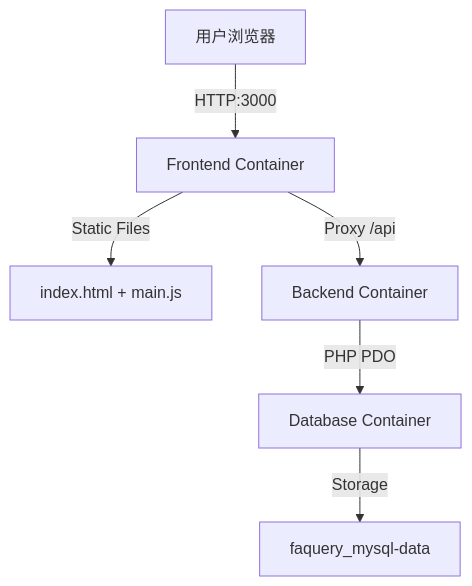
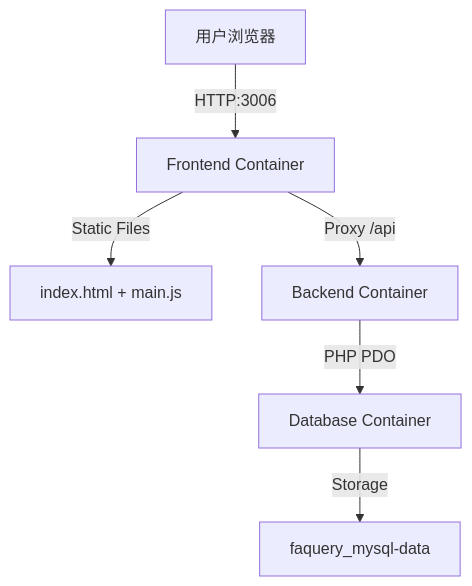
The diagram in docs/architecture.md (ljzljz520-eng/999-01Mod-4), drawn with Mermaid before and after one commit. The commit also changed 7 other files, not shown here.

````diff
--- a/docs/architecture.md
+++ b/docs/architecture.md
@@ -7,8 +7,8 @@
 ```mermaid
 graph TD
-    User[用户浏览器] -->|HTTP:3000| Nginx[Frontend Container]
+    User[用户浏览器] -->|HTTP:3006| Nginx[Frontend Container]
     Nginx -->|Static Files| HTML[index.html + main.js]
     Nginx -->|Proxy /api| Apache[Backend Container]
     Apache -->|PHP PDO| MySQL[Database Container]
     MySQL -->|Storage| Volume[faquery_mysql-data]
 ```
````
